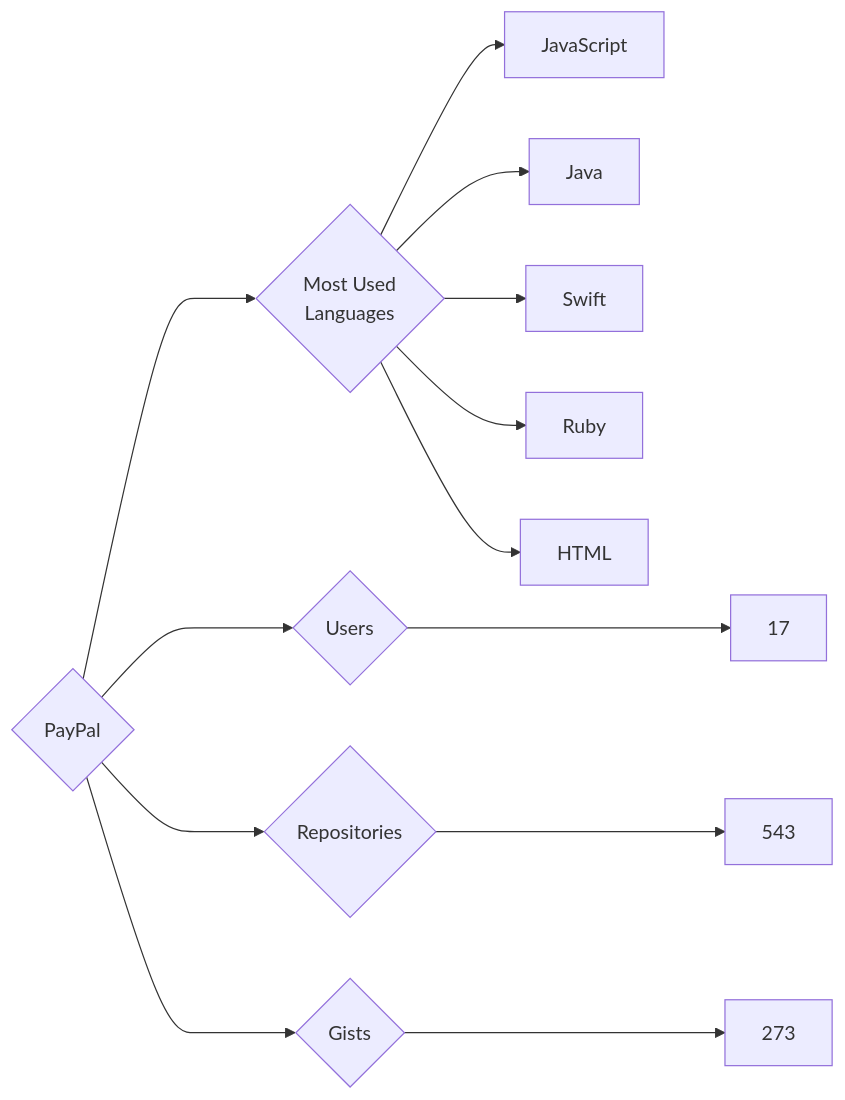
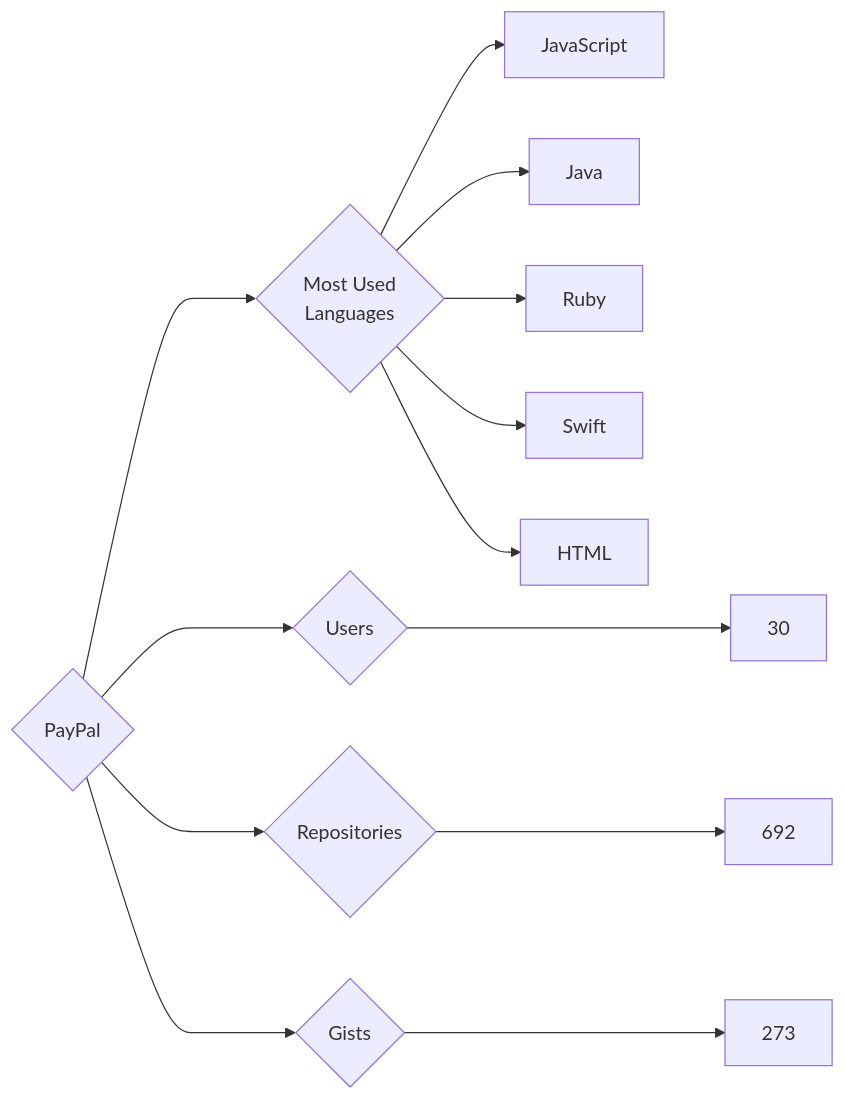
One commit to trickest/insiders changed the diagram in targets/PayPal/README.md. Above: the diagram before and after it, drawn with Mermaid. The commit also changed 948 other files, not shown here.

````diff
--- a/targets/PayPal/README.md
+++ b/targets/PayPal/README.md
@@ -3,13 +3,13 @@
 ```mermaid
 graph LR
 COMPANY_NAME{PayPal}
-COMPANY_NAME ---> U{Users} ---> UN[17]
-COMPANY_NAME ---> R{Repositories} ---> RN[543]
+COMPANY_NAME ---> U{Users} ---> UN[30]
+COMPANY_NAME ---> R{Repositories} ---> RN[692]
 COMPANY_NAME ---> G{Gists} ---> GN[273]
 COMPANY_NAME ---> ML{Most Used<br>Languages}
 ML --> JavaScript[JavaScript]
 ML --> Java[Java]
+ML --> Ruby[Ruby]
 ML --> Swift[Swift]
-ML --> Ruby[Ruby]
 ML --> HTML[HTML]
 ```
````
